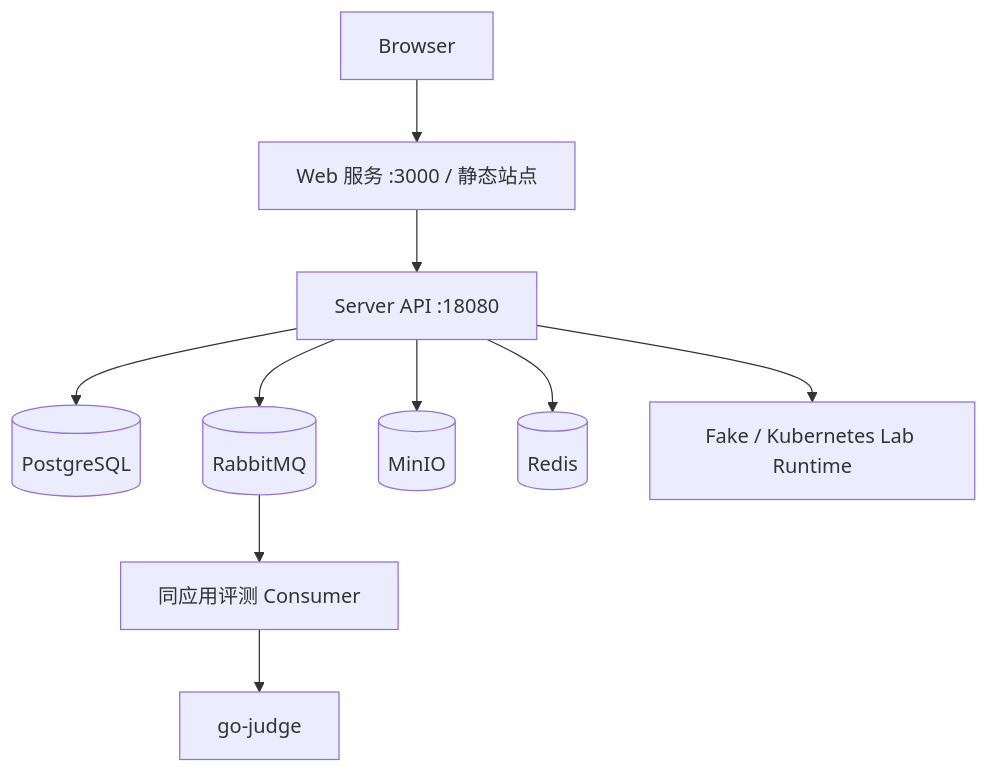
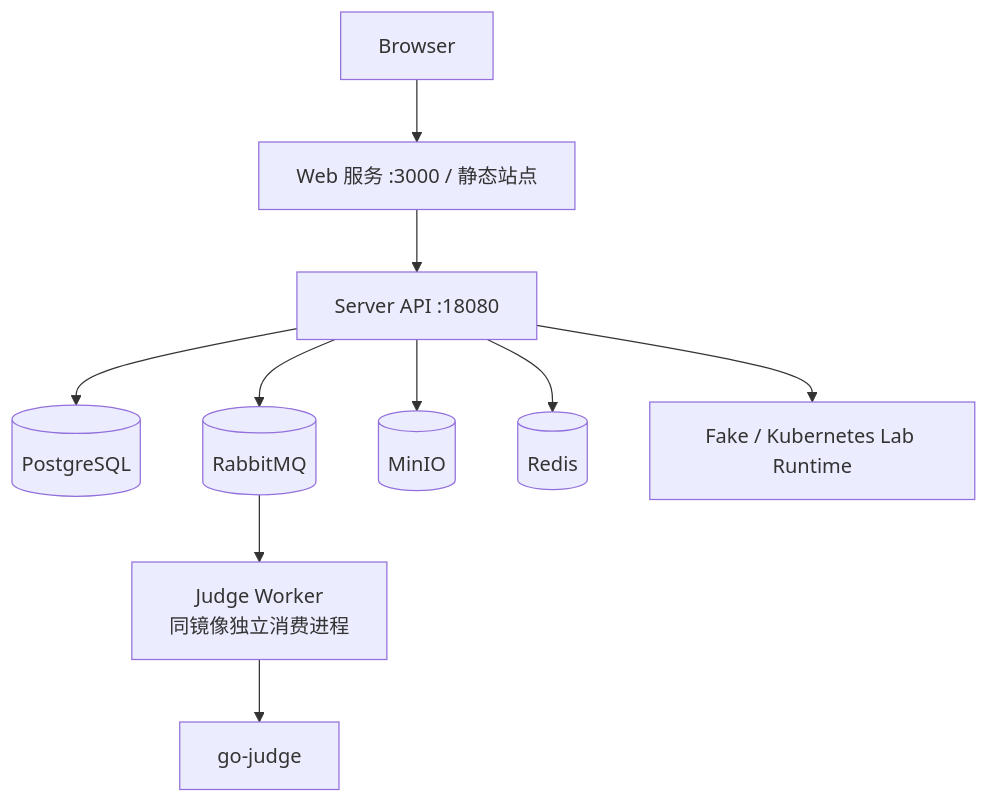
Before and after one commit to BUAA-SEProject/docs: the sixth of 6 diagrams in 02-process-docs/high-level-design.md, drawn with Mermaid. The commit also changed other lines of this file and 9 other files, not shown here.

````diff
--- a/02-process-docs/high-level-design.md
+++ b/02-process-docs/high-level-design.md
@@ -224,12 +226,12 @@
 ```mermaid
 flowchart TB
   Browser["Browser"] --> Front["Web 服务 :3000 / 静态站点"]
   Front --> Api["Server API :18080"]
   Api --> DB[(PostgreSQL)]
   Api --> MQ[(RabbitMQ)]
   Api --> MinIO[(MinIO)]
   Api --> Redis[(Redis)]
-  MQ --> Worker["同应用评测 Consumer"]
+  MQ --> Worker["Judge Worker<br/>同镜像独立消费进程"]
   Worker --> Judge["go-judge"]
   Api --> LabRuntime["Fake / Kubernetes Lab Runtime"]
 ```
````
